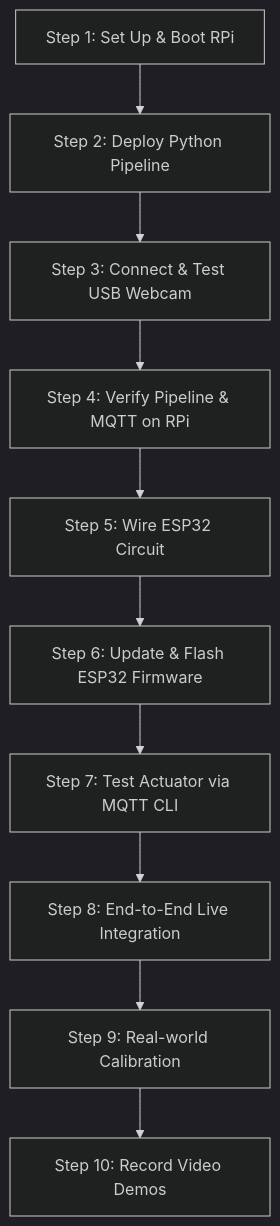
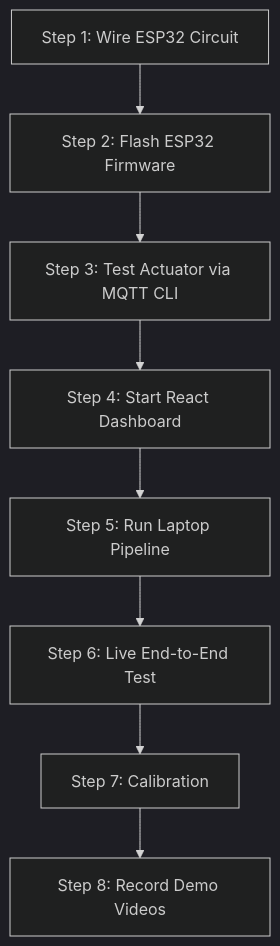
The diagram in hardware_prep_guide.md (RohanCB18/IOT_EL), drawn with Mermaid (dark theme) before and after one commit. The commit also changed other lines of this file, not shown here.

Commit message:
docs: streamline hardware guide for Laptop-as-Edge setup and built-in camera

````diff
--- a/hardware_prep_guide.md
+++ b/hardware_prep_guide.md
@@ -49,12 +74,10 @@
 ```mermaid
 graph TD
-    A[Step 1: Set Up & Boot RPi] --> B[Step 2: Deploy Python Pipeline]
-    B --> C[Step 3: Connect & Test USB Webcam]
-    C --> D[Step 4: Verify Pipeline & MQTT on RPi]
-    D --> E[Step 5: Wire ESP32 Circuit]
-    E --> F[Step 6: Update & Flash ESP32 Firmware]
-    F --> G[Step 7: Test Actuator via MQTT CLI]
-    G --> H[Step 8: End-to-End Live Integration]
-    H --> I[Step 9: Real-world Calibration]
-    I --> J[Step 10: Record Video Demos]
+    A[Step 1: Wire ESP32 Circuit] --> B[Step 2: Flash ESP32 Firmware]
+    B --> C[Step 3: Test Actuator via MQTT CLI]
+    C --> D[Step 4: Start React Dashboard]
+    D --> E[Step 5: Run Laptop Pipeline]
+    E --> F[Step 6: Live End-to-End Test]
+    F --> G[Step 7: Calibration]
+    G --> H[Step 8: Record Demo Videos]
 ```
````
